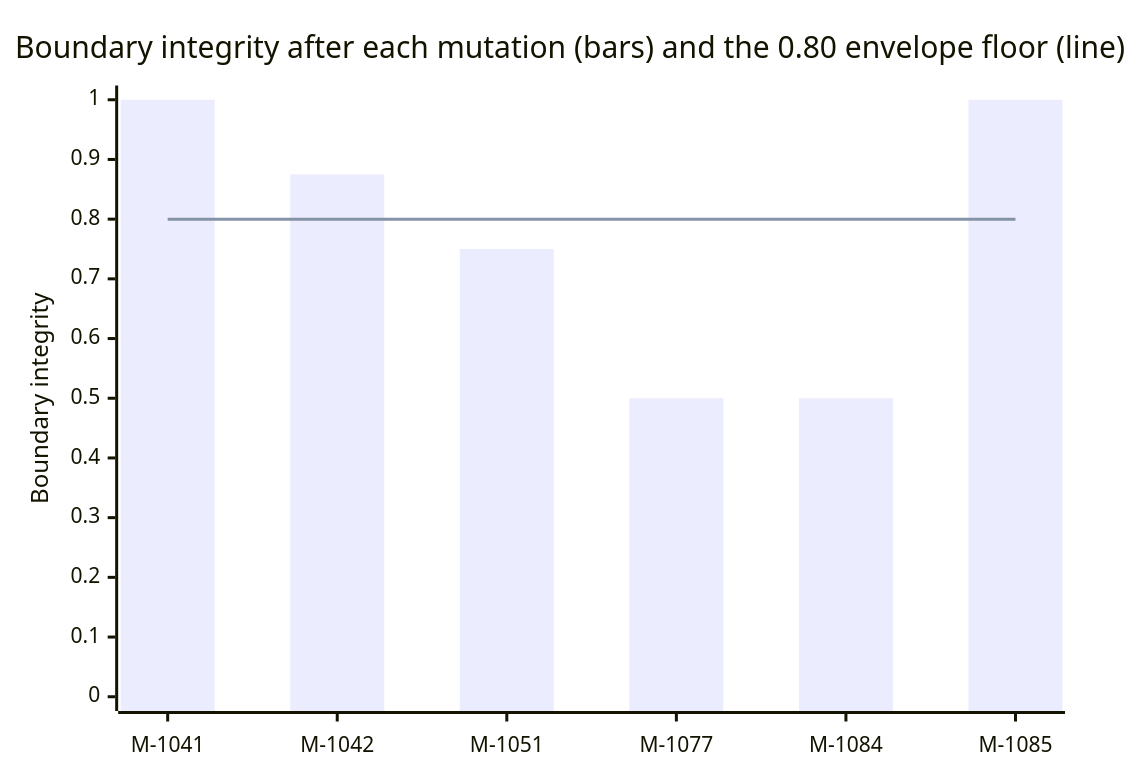
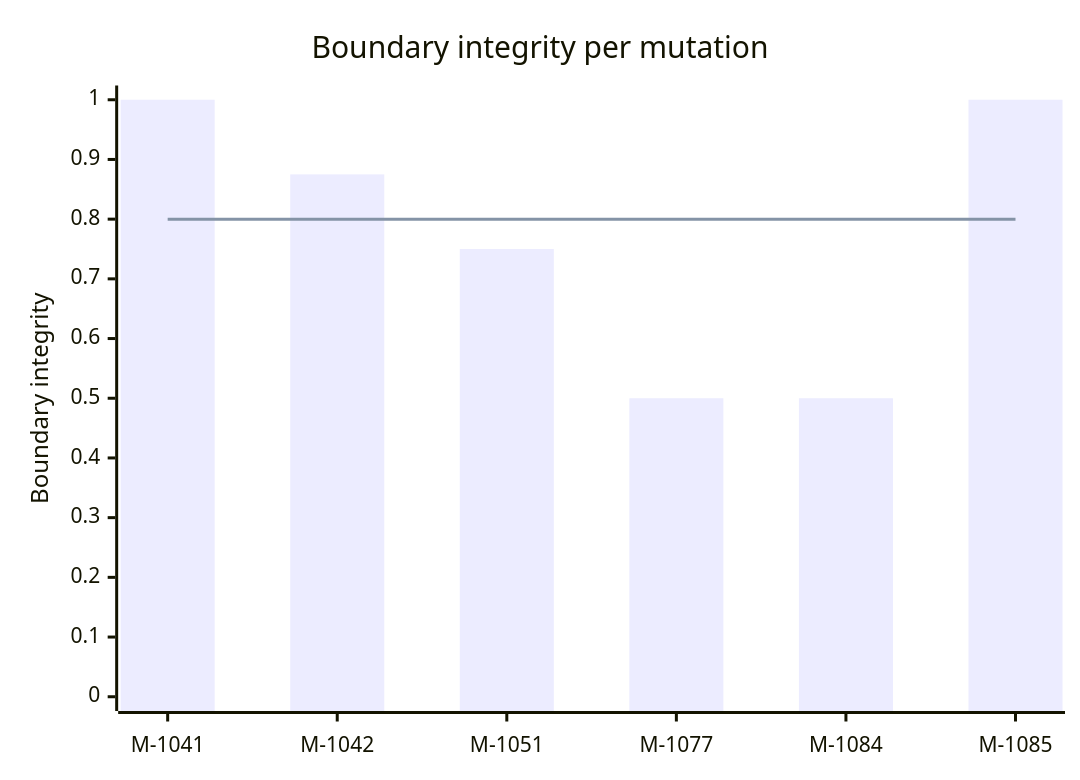
One commit to Sarthaksulkhlan/epoch-software.evolution changed the first of 6 diagrams in README.md. Above: the diagram before and after it, drawn with Mermaid. The commit also changed other lines of this file, not shown here.

First line of the commit message:
docs: split the README evolution graph into chain and futures

````diff
--- a/README.md
+++ b/README.md
@@ -112,8 +112,8 @@
 ```mermaid
 xychart-beta
-    title "Boundary integrity after each mutation (bars) and the 0.80 envelope floor (line)"
+    title "Boundary integrity per mutation"
     x-axis ["M-1041", "M-1042", "M-1051", "M-1077", "M-1084", "M-1085"]
     y-axis "Boundary integrity" 0 --> 1
     bar [1.0, 0.875, 0.75, 0.5, 0.5, 1.0]
     line [0.8, 0.8, 0.8, 0.8, 0.8, 0.8]
 ```
````
